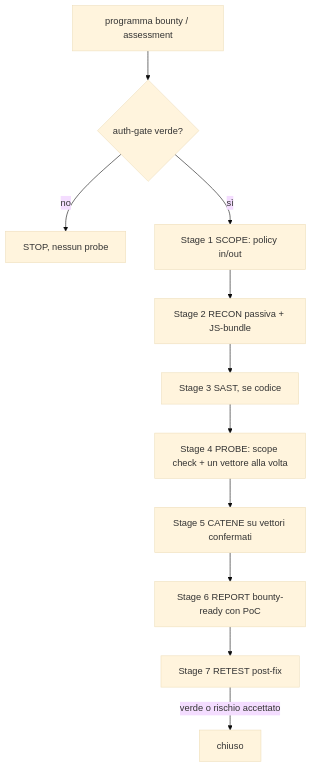
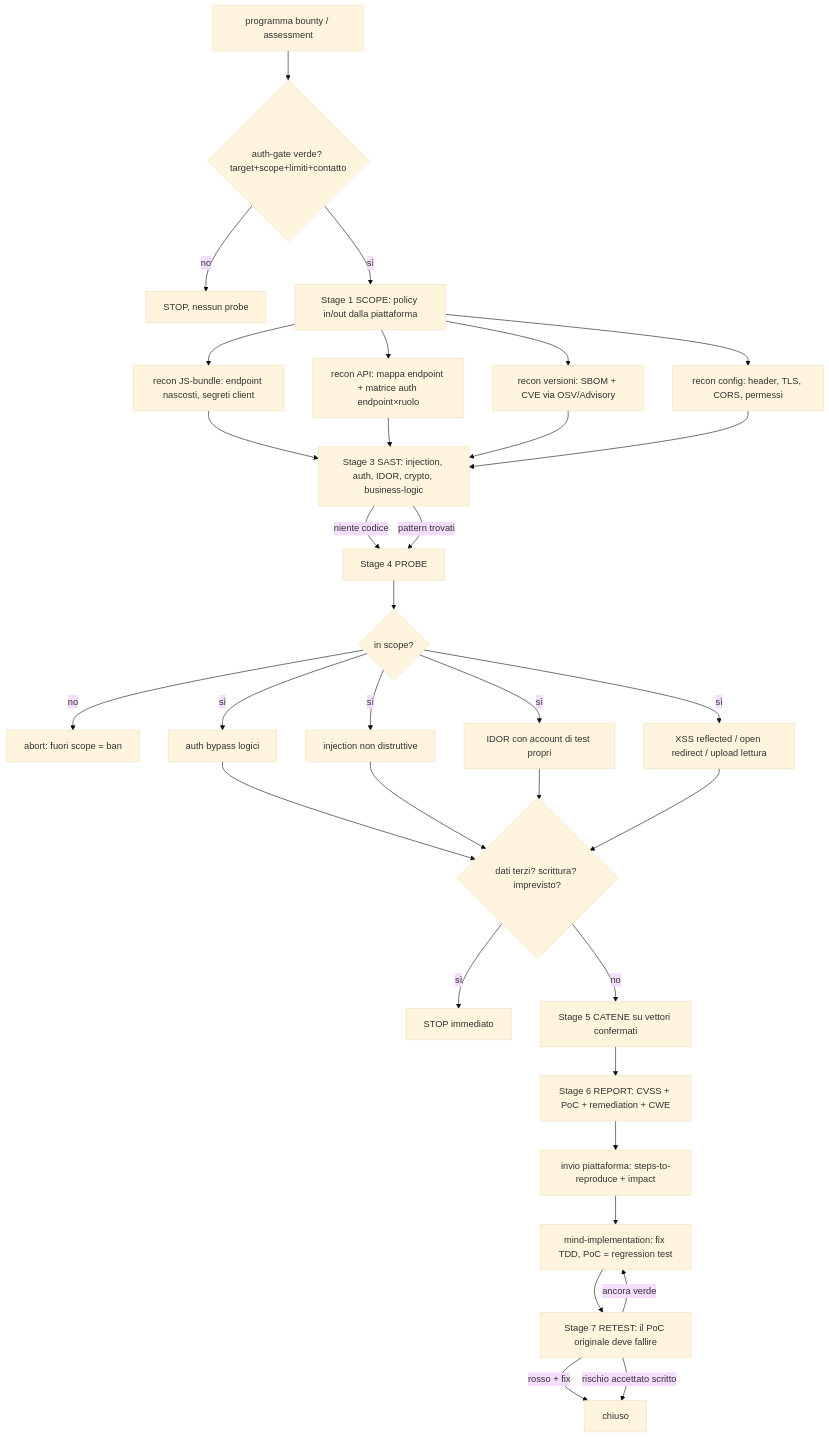
The fourth of 6 diagrams in README.md (Kyriga-CGX/mind-system), drawn with Mermaid (base theme) before and after one commit.

Commit message:
docs: schema breach-pipeline ramificato (recon parallelo, vettori, loop retest)

````diff
--- a/README.md
+++ b/README.md
@@ -188,13 +188,34 @@
 ```mermaid
 flowchart TD
-    REQ[programma bounty / assessment] --> AUTH{auth-gate verde?}
+    REQ[programma bounty / assessment] --> AUTH{auth-gate verde? target+scope+limiti+contatto}
     AUTH -->|no| STOP[STOP, nessun probe]
-    AUTH -->|sì| SC[Stage 1 SCOPE: policy in/out]
-    SC --> RC[Stage 2 RECON passiva + JS-bundle]
-    RC --> SA[Stage 3 SAST, se codice]
-    SA --> PR[Stage 4 PROBE: scope check + un vettore alla volta]
-    PR --> CA[Stage 5 CATENE su vettori confermati]
-    CA --> RE[Stage 6 REPORT bounty-ready con PoC]
-    RE --> RT[Stage 7 RETEST post-fix]
-    RT -->|verde o rischio accettato| DONE[chiuso]
+    AUTH -->|sì| SC[Stage 1 SCOPE: policy in/out dalla piattaforma]
+
+    SC --> RJS[recon JS-bundle: endpoint nascosti, segreti client]
+    SC --> RAPI[recon API: mappa endpoint + matrice auth endpoint×ruolo]
+    SC --> RCVE[recon versioni: SBOM + CVE via OSV/Advisory]
+    SC --> RCFG[recon config: header, TLS, CORS, permessi]
+
+    RJS & RAPI & RCVE & RCFG --> SA[Stage 3 SAST: injection, auth, IDOR, crypto, business-logic]
+    SA -->|niente codice| PR
+    SA -->|pattern trovati| PR[Stage 4 PROBE]
+
+    PR --> CHK{in scope?}
+    CHK -->|no| ABORT[abort: fuori scope = ban]
+    CHK -->|sì| VA[auth bypass logici]
+    CHK -->|sì| VI[injection non distruttive]
+    CHK -->|sì| VD[IDOR con account di test propri]
+    CHK -->|sì| VX[XSS reflected / open redirect / upload lettura]
+
+    VA & VI & VD & VX --> SAFE{dati terzi? scrittura? imprevisto?}
+    SAFE -->|sì| HALT[STOP immediato]
+    SAFE -->|no| CA[Stage 5 CATENE su vettori confermati]
+
+    CA --> RC[Stage 6 REPORT: CVSS + PoC + remediation + CWE]
+    RC --> INV[invio piattaforma: steps-to-reproduce + impact]
+    INV --> FX[mind-implementation: fix TDD, PoC = regression test]
+    FX --> RT[Stage 7 RETEST: il PoC originale deve fallire]
+    RT -->|ancora verde| FX
+    RT -->|rosso + fix| DONE[chiuso]
+    RT -->|rischio accettato scritto| DONE
 ```
````
